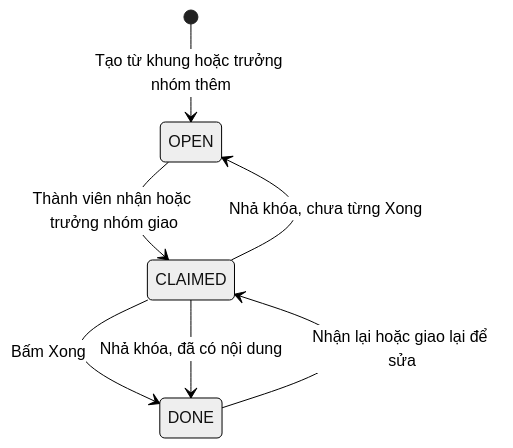
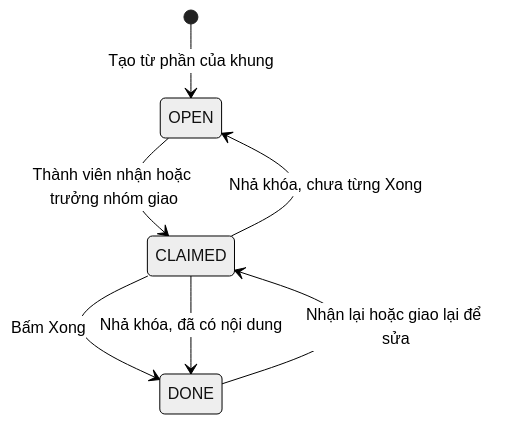
The second of 2 diagrams in aidlc-docs/construction/u14-group-document-submission/functional-design/domain-entities.md (hygef-v4/AI-Powered-Learning-Platform), drawn with Mermaid (neutral theme) before and after one commit. The commit also changed other lines of this file and 199 other files, not shown here.

````diff
--- a/aidlc-docs/construction/u14-group-document-submission/functional-design/domain-entities.md
+++ b/aidlc-docs/construction/u14-group-document-submission/functional-design/domain-entities.md
@@ -61,9 +57,9 @@
 ```mermaid
 stateDiagram-v2
-    [*] --> OPEN: Tạo từ khung hoặc trưởng nhóm thêm
+    [*] --> OPEN: Tạo từ phần của khung
     OPEN --> CLAIMED: Thành viên nhận hoặc trưởng nhóm giao
     CLAIMED --> DONE: Bấm Xong
     CLAIMED --> OPEN: Nhả khóa, chưa từng Xong
     CLAIMED --> DONE: Nhả khóa, đã có nội dung
     DONE --> CLAIMED: Nhận lại hoặc giao lại để sửa
 ```
````
